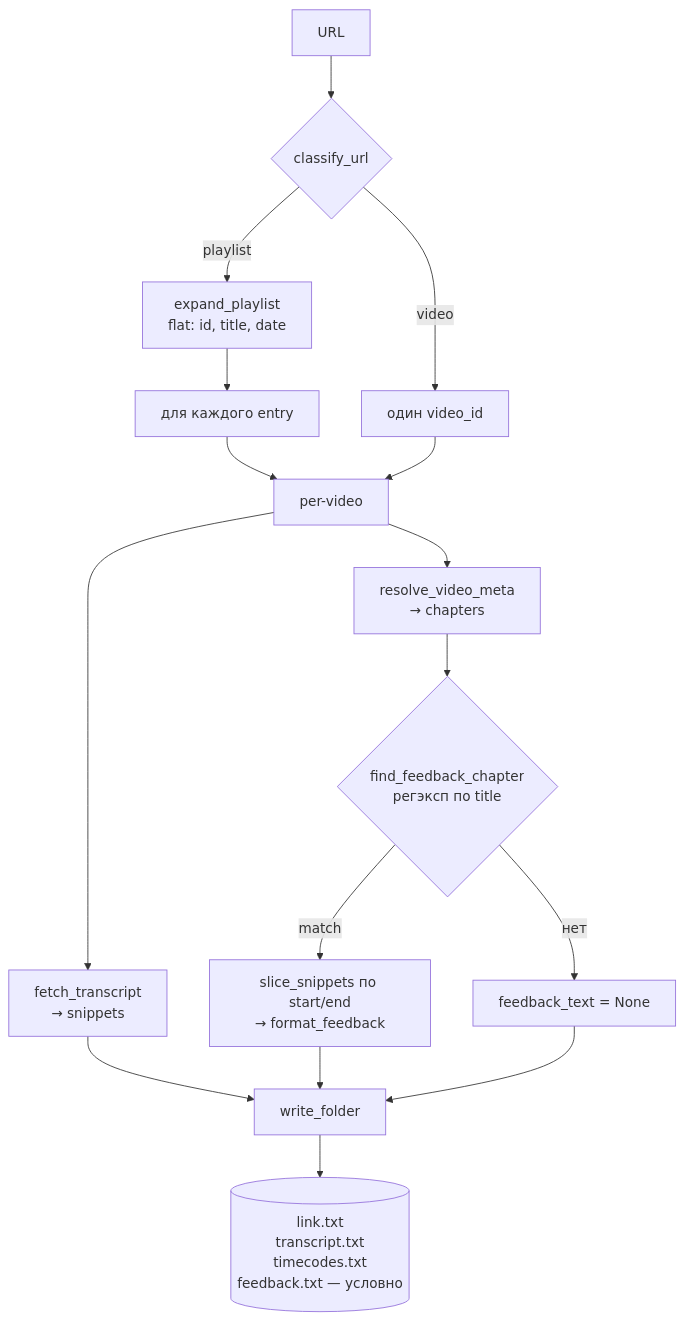
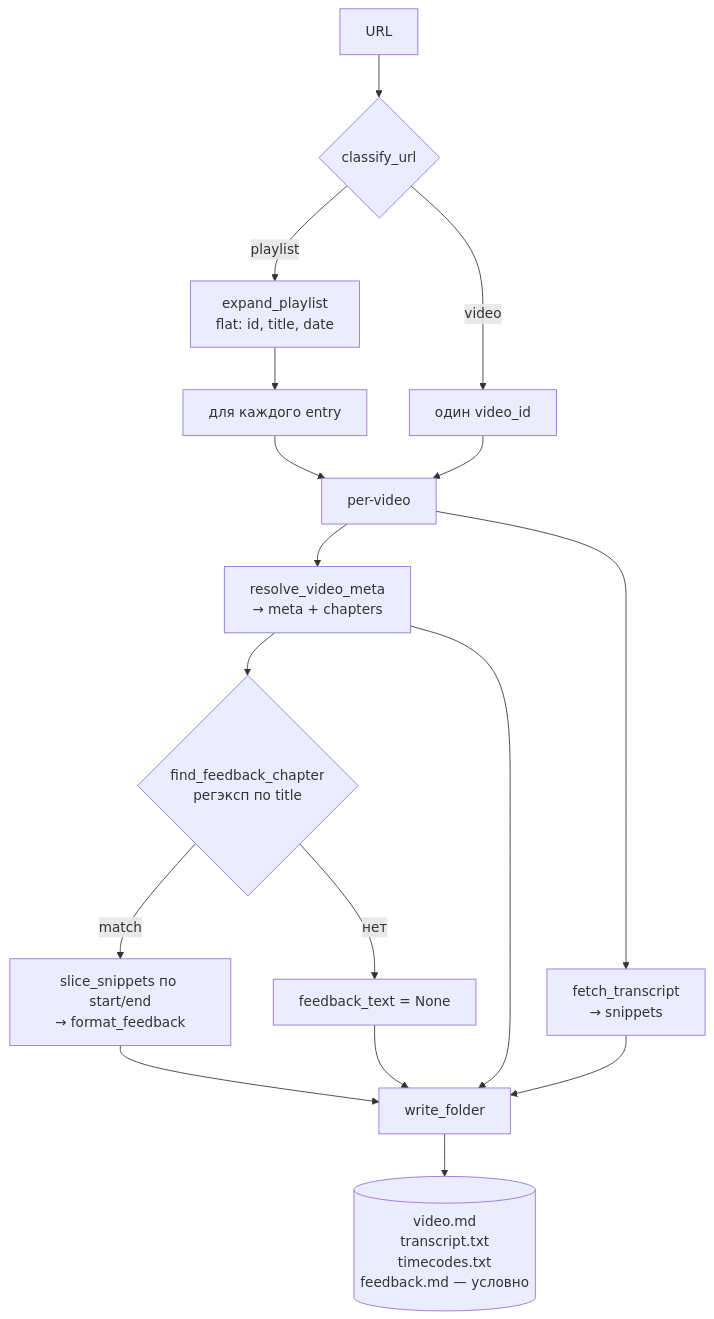
Before and after one commit to margomrkv/interview-debrief-assistant: the diagram in scripts/transcript_downloader/arch.md, drawn with Mermaid. The commit also changed other lines of this file and 75 other files, not shown here.

````diff
--- a/scripts/transcript_downloader/arch.md
+++ b/scripts/transcript_downloader/arch.md
@@ -53,18 +102,19 @@
 ```mermaid
 flowchart TD
     URL[URL] --> C{classify_url}
     C -->|playlist| EP[expand_playlist<br/>flat: id, title, date]
     EP --> LOOP[для каждого entry]
     C -->|video| ONE[один video_id]
     LOOP --> V[per-video]
     ONE --> V
-    V --> META[resolve_video_meta<br/>→ chapters]
+    V --> META[resolve_video_meta<br/>→ meta + chapters]
     V --> TR[fetch_transcript<br/>→ snippets]
     META --> FIND{find_feedback_chapter<br/>регэксп по title}
     FIND -->|match| SLICE[slice_snippets по start/end<br/>→ format_feedback]
     FIND -->|нет| SKIP[feedback_text = None]
+    META --> W
     TR --> W
     SLICE --> W[write_folder]
     SKIP --> W
-    W --> OUT[(link.txt<br/>transcript.txt<br/>timecodes.txt<br/>feedback.txt — условно)]
+    W --> OUT[(video.md<br/>transcript.txt<br/>timecodes.txt<br/>feedback.md — условно)]
 ```
````
